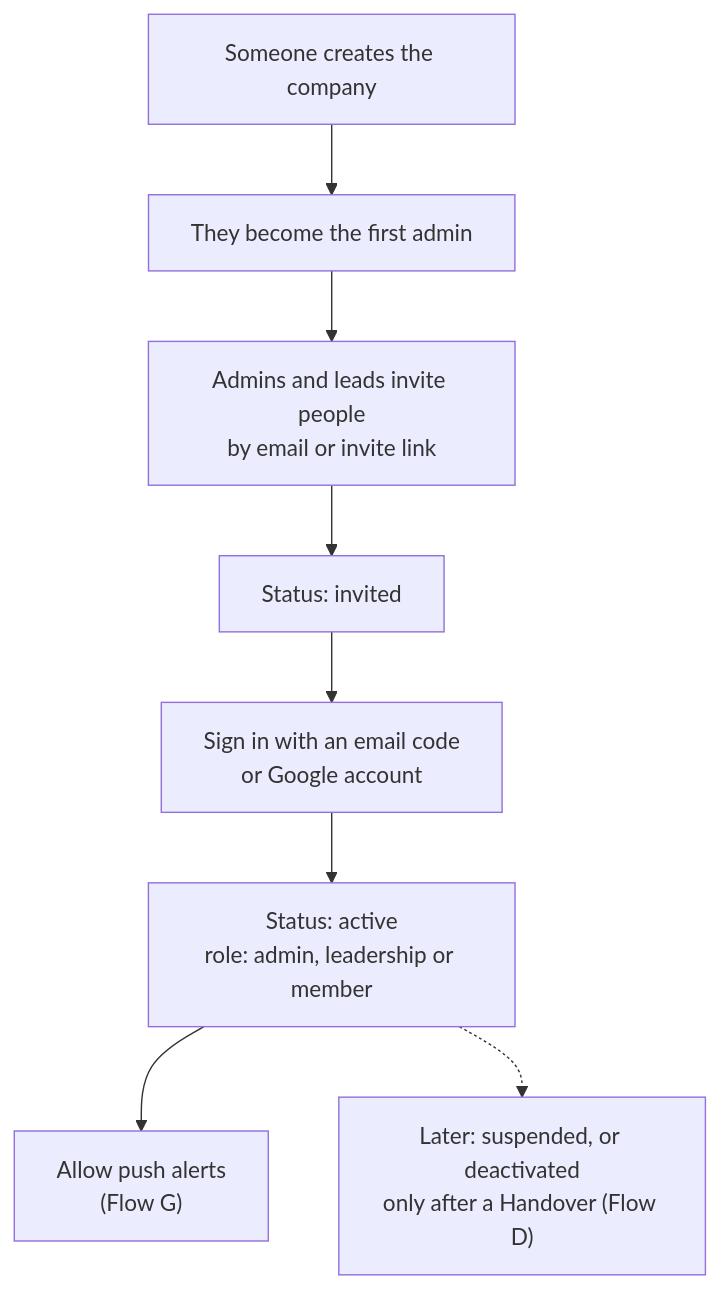
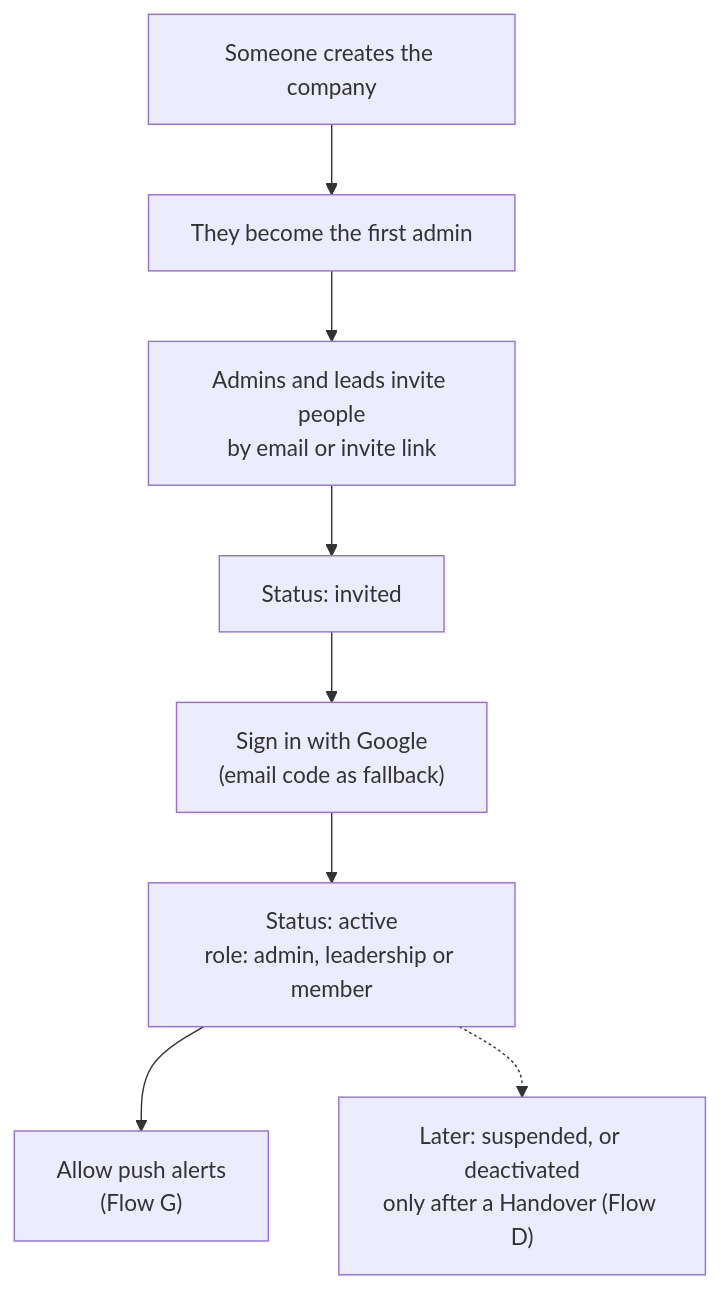
Before and after one commit to mighty-potato/hopflows-docs: diagram 15 of 15 in docs/HopFlows_Product_Blueprint_v1.1.md, drawn with Mermaid. The commit also changed other lines of this file and 3 other files, not shown here.

Commit message:
Sign-in: Google is the main way in on web and phone, email code as fallback; blueprint §15, Figure 17 and Word file updated (canvas version 97)

````diff
--- a/docs/HopFlows_Product_Blueprint_v1.1.md
+++ b/docs/HopFlows_Product_Blueprint_v1.1.md
@@ -1389,10 +1390,10 @@
 ```mermaid
 flowchart TD
   S1["Someone creates the company"] --> S2["They become the first admin"]
   S2 --> S3["Admins and leads invite people<br/>by email or invite link"]
   S3 --> S4["Status: invited"]
-  S4 --> S5["Sign in with an email code<br/>or Google account"]
+  S4 --> S5["Sign in with Google<br/>(email code as fallback)"]
   S5 --> S6["Status: active<br/>role: admin, leadership or member"]
   S6 --> S7["Allow push alerts<br/>(Flow G)"]
   S6 -.-> S8["Later: suspended, or deactivated<br/>only after a Handover (Flow D)"]
 ```
````
